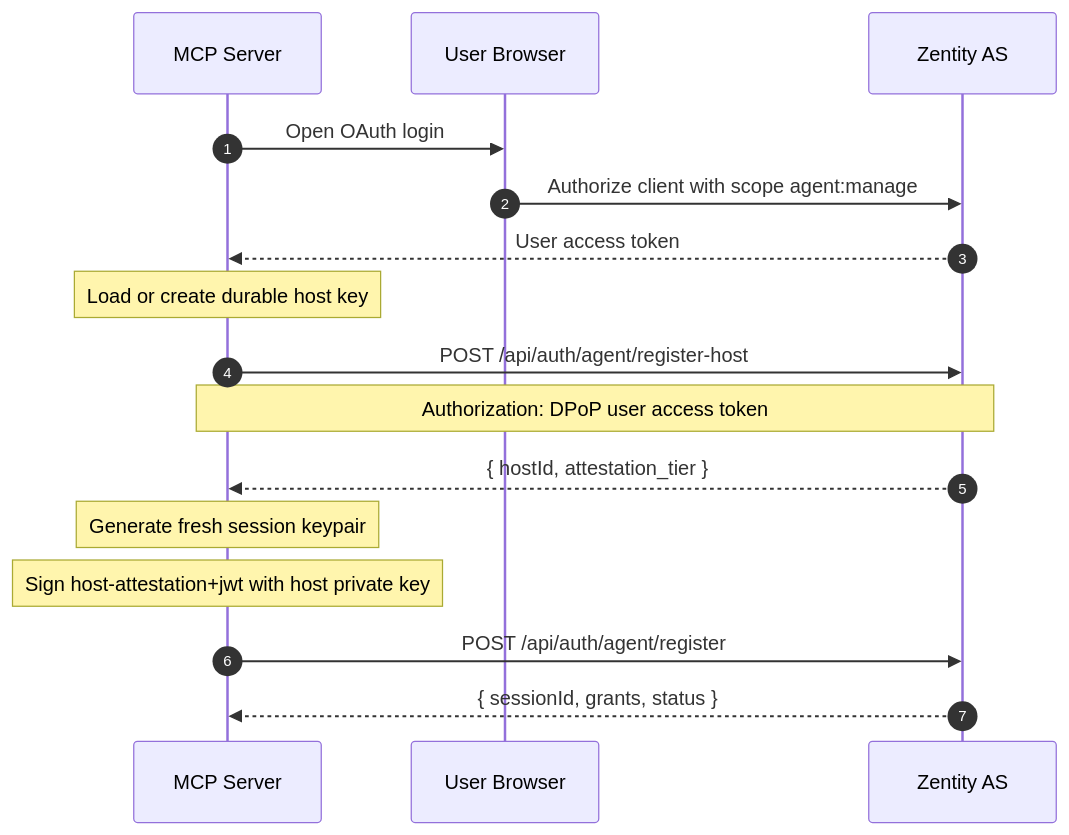
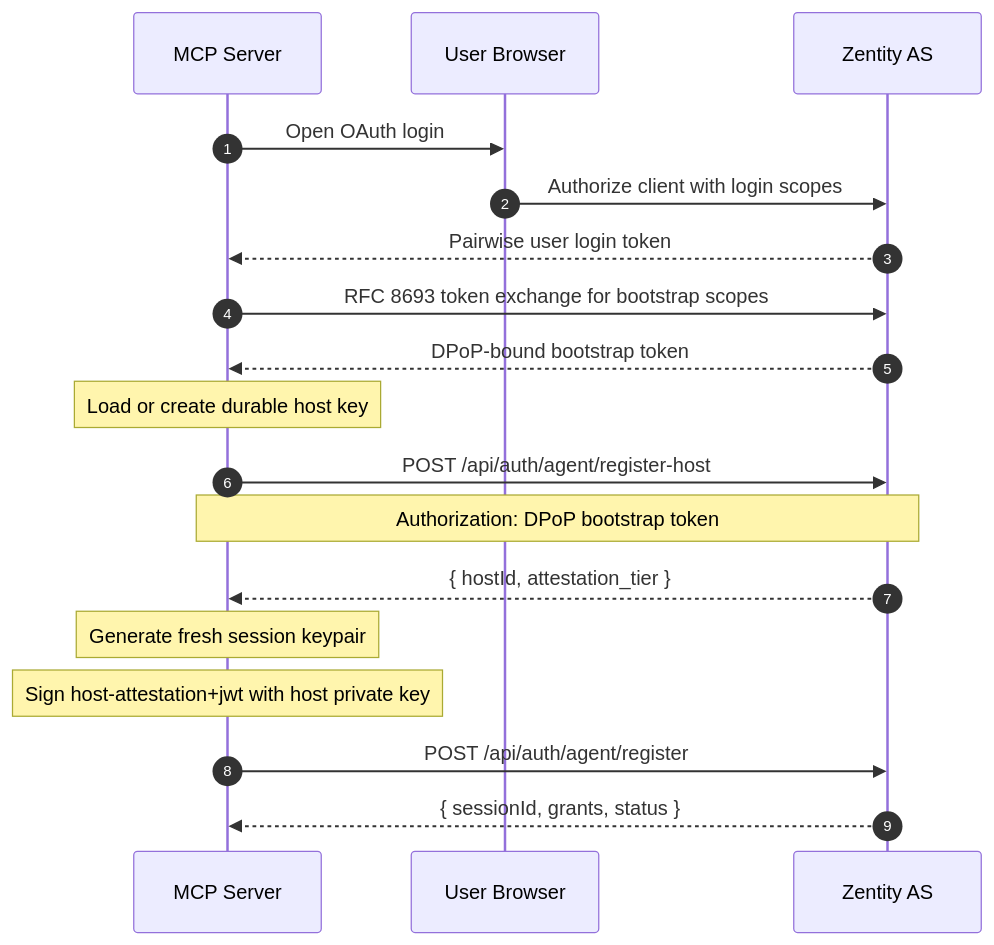
Before and after one commit to gustavovalverde/zentity: the second of 6 diagrams in docs/(architecture)/agent-architecture.md, drawn with Mermaid. The commit also changed other lines of this file and 38 other files, not shown here.

Commit message:
refactor(agent-auth): separate login and bootstrap tokens

````diff
--- a/docs/(architecture)/agent-architecture.md
+++ b/docs/(architecture)/agent-architecture.md
@@ -101,21 +102,24 @@
 ```mermaid
 sequenceDiagram
   autonumber
   participant MCP as MCP Server
   participant Browser as User Browser
   participant AS as Zentity AS
 
   MCP->>Browser: Open OAuth login
-  Browser->>AS: Authorize client with scope agent:manage
-  AS-->>MCP: User access token
+  Browser->>AS: Authorize client with login scopes
+  AS-->>MCP: Pairwise user login token
+
+  MCP->>AS: RFC 8693 token exchange for bootstrap scopes
+  AS-->>MCP: DPoP-bound bootstrap token
 
   Note over MCP: Load or create durable host key
   MCP->>AS: POST /api/auth/agent/register-host
-  Note over MCP,AS: Authorization: DPoP user access token
+  Note over MCP,AS: Authorization: DPoP bootstrap token
   AS-->>MCP: { hostId, attestation_tier }
 
   Note over MCP: Generate fresh session keypair
   Note over MCP: Sign host-attestation+jwt with host private key
   MCP->>AS: POST /api/auth/agent/register
   AS-->>MCP: { sessionId, grants, status }
 ```
````
